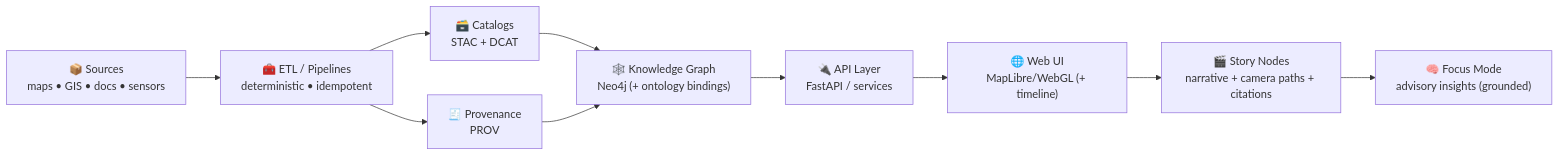
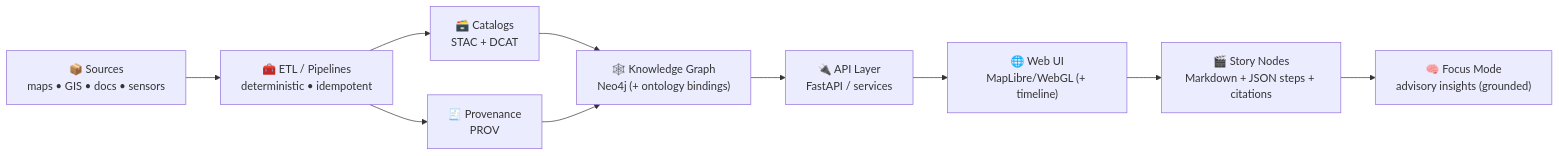
One commit to bartytime4life/Kansas-Frontier-Matrix changed the first of 4 diagrams in .github/README.md. Above: the diagram before and after it, drawn with Mermaid. The commit also changed other lines of this file, not shown here.

````diff
--- a/.github/README.md
+++ b/.github/README.md
@@ -119,12 +125,12 @@
 ```mermaid
 flowchart LR
   A["📦 Sources<br/>maps • GIS • docs • sensors"] --> B["🧰 ETL / Pipelines<br/>deterministic • idempotent"]
   B --> C["🗃️ Catalogs<br/>STAC + DCAT"]
   B --> D["🧾 Provenance<br/>PROV"]
   C --> E["🕸️ Knowledge Graph<br/>Neo4j (+ ontology bindings)"]
   D --> E
   E --> F["🔌 API Layer<br/>FastAPI / services"]
   F --> G["🌐 Web UI<br/>MapLibre/WebGL (+ timeline)"]
-  G --> H["🎬 Story Nodes<br/>narrative + camera paths + citations"]
+  G --> H["🎬 Story Nodes<br/>Markdown + JSON steps + citations"]
   H --> I["🧠 Focus Mode<br/>advisory insights (grounded)"]
 ```
````
